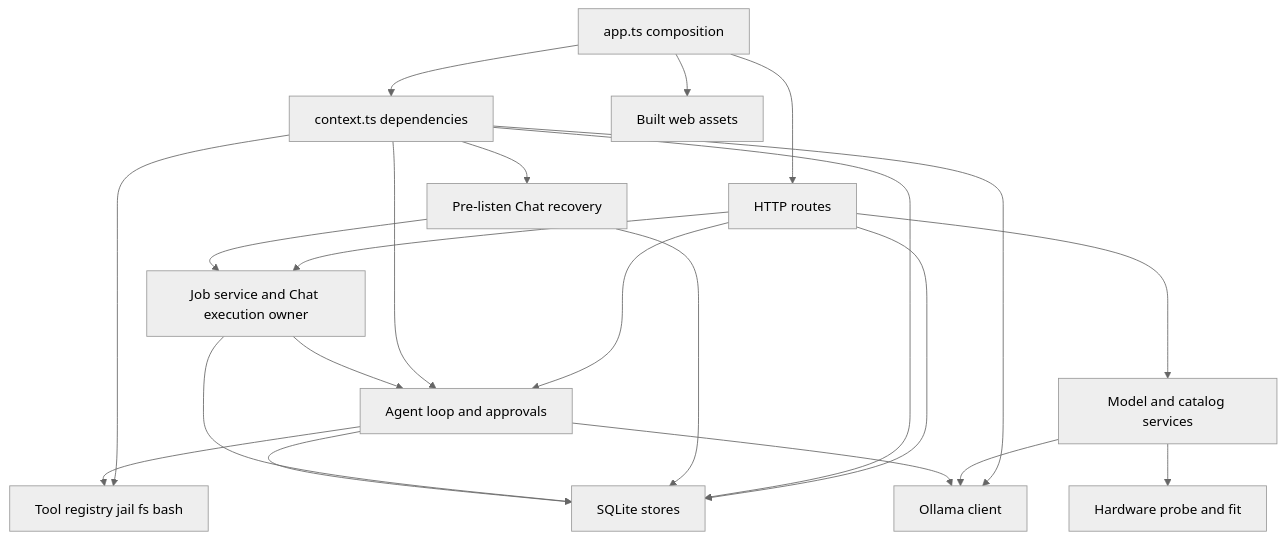
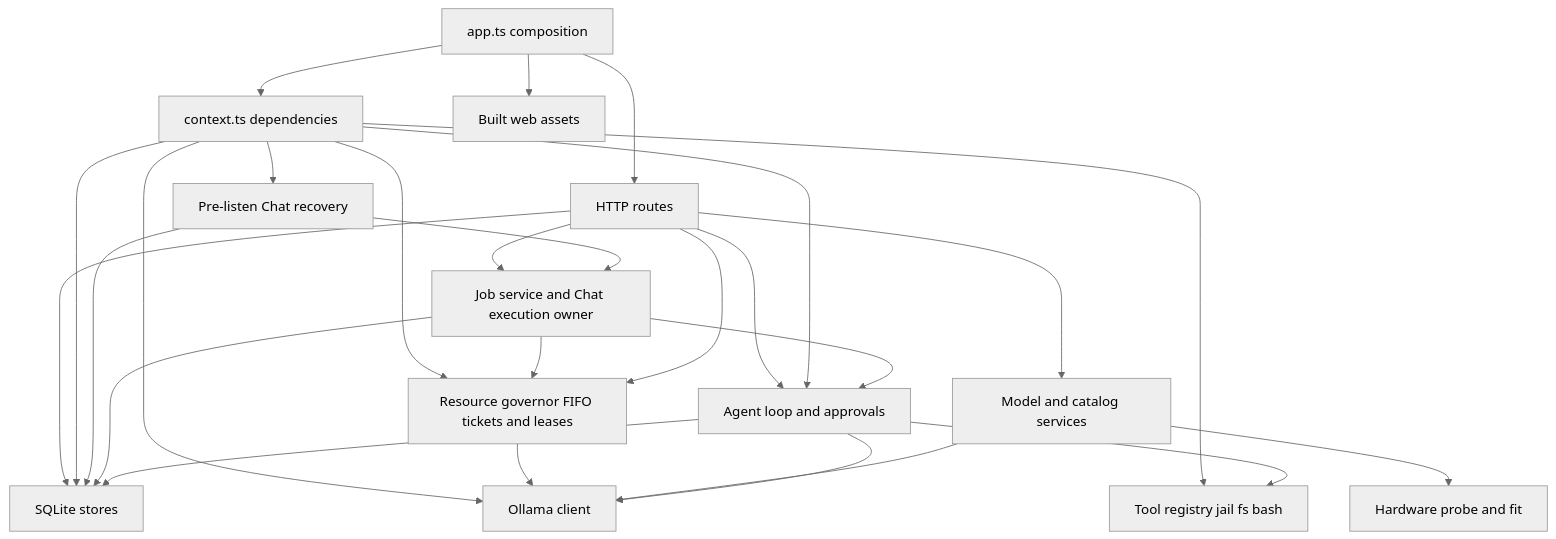
The diagram in docs/architecture/diagrams/lld-server.mmd (MattoYuzuru/Guanxi), drawn with Mermaid (neutral theme) before and after one commit. The commit also changed 9 other files, not shown here.

```diff
--- a/docs/architecture/diagrams/lld-server.mmd
+++ b/docs/architecture/diagrams/lld-server.mmd
@@ -1,35 +1,40 @@
 flowchart TB
     App[app.ts composition]
     Context[context.ts dependencies]
     Routes[HTTP routes]
     Stores[SQLite stores]
     Models[Model and catalog services]
     Hardware[Hardware probe and fit]
     Agent[Agent loop and approvals]
     Jobs[Job service and Chat execution owner]
     Recovery[Pre-listen Chat recovery]
+    Governor[Resource governor FIFO tickets and leases]
     Tools[Tool registry jail fs bash]
     Ollama[Ollama client]
     Static[Built web assets]
 
     App --> Context
     App --> Routes
     App --> Static
     Routes --> Stores
     Routes --> Models
     Routes --> Agent
     Routes --> Jobs
     Context --> Stores
     Context --> Ollama
     Context --> Tools
     Context --> Agent
     Context --> Recovery
+    Context --> Governor
     Recovery --> Jobs
     Recovery --> Stores
+    Jobs --> Governor
+    Routes --> Governor
+    Governor --> Ollama
     Jobs --> Agent
     Jobs --> Stores
     Models --> Ollama
     Models --> Hardware
     Agent --> Ollama
     Agent --> Tools
     Agent --> Stores
```
